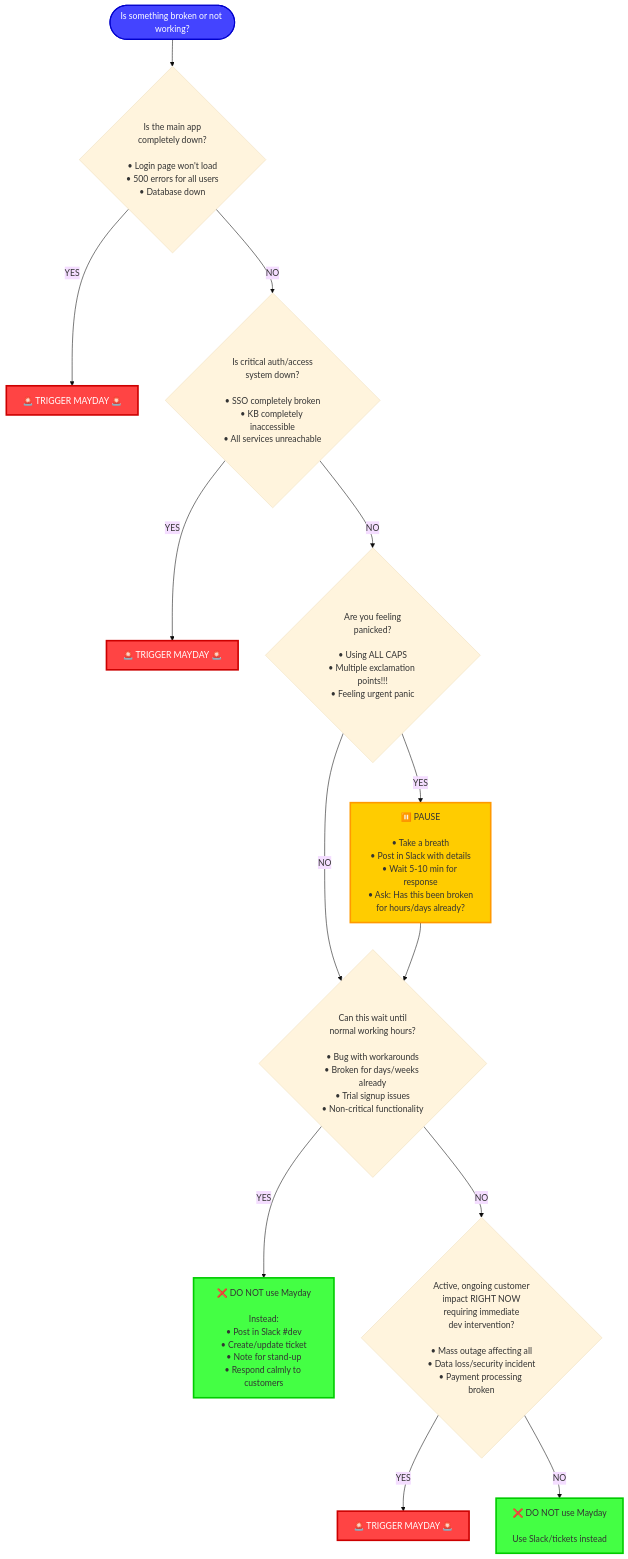
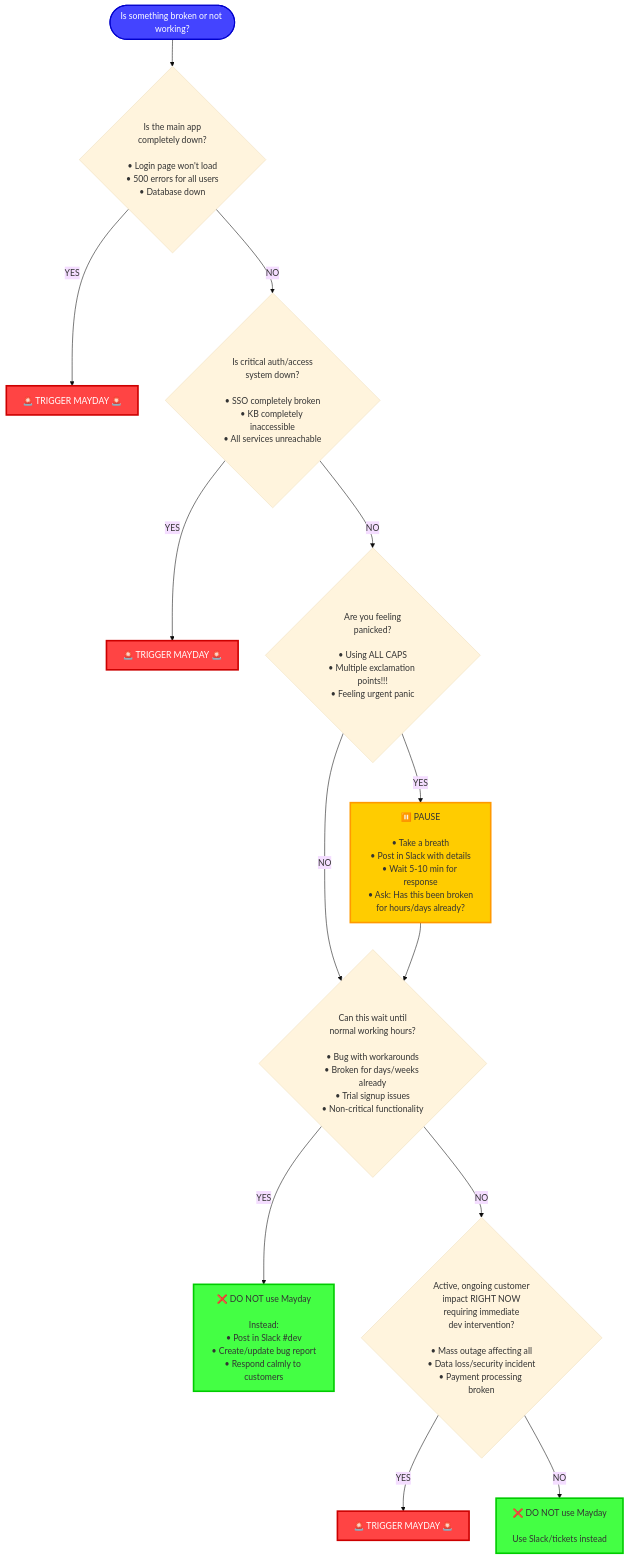
One commit to chad-knowledgeowl/mayday-decision-tree changed the diagram in mayday-decision-tree.mermaid. Above: the diagram before and after it, drawn with Mermaid (base theme).

```diff
--- a/mayday-decision-tree.mermaid
+++ b/mayday-decision-tree.mermaid
@@ -1,27 +1,27 @@
 flowchart TD
     Start([Is something broken or not working?]) --> Q1{Is the main app<br/>completely down?<br/><br/>• Login page won't load<br/>• 500 errors for all users<br/>• Database down}
     
     Q1 -->|YES| Mayday1[🚨 TRIGGER MAYDAY 🚨]
     Q1 -->|NO| Q2{Is critical auth/access<br/>system down?<br/><br/>• SSO completely broken<br/>• KB completely inaccessible<br/>• All services unreachable}
     
     Q2 -->|YES| Mayday2[🚨 TRIGGER MAYDAY 🚨]
     Q2 -->|NO| Q3{Are you feeling<br/>panicked?<br/><br/>• Using ALL CAPS<br/>• Multiple exclamation points!!!<br/>• Feeling urgent panic}
     
     Q3 -->|YES| Pause[⏸️ PAUSE<br/><br/>• Take a breath<br/>• Post in Slack with details<br/>• Wait 5-10 min for response<br/>• Ask: Has this been broken<br/>for hours/days already?]
     Q3 -->|NO| Q4
     
     Pause --> Q4{Can this wait until<br/>normal working hours?<br/><br/>• Bug with workarounds<br/>• Broken for days/weeks already<br/>• Trial signup issues<br/>• Non-critical functionality}
     
-    Q4 -->|YES| NoMayday1[❌ DO NOT use Mayday<br/><br/>Instead:<br/>• Post in Slack #dev<br/>• Create/update ticket<br/>• Note for stand-up<br/>• Respond calmly to customers]
+    Q4 -->|YES| NoMayday1[❌ DO NOT use Mayday<br/><br/>Instead:<br/>• Post in Slack #dev<br/>• Create/update bug report<br/>• Respond calmly to customers]
     Q4 -->|NO| Q5{Active, ongoing customer<br/>impact RIGHT NOW<br/>requiring immediate<br/>dev intervention?<br/><br/>• Mass outage affecting all<br/>• Data loss/security incident<br/>• Payment processing broken}
     
     Q5 -->|YES| Mayday3[🚨 TRIGGER MAYDAY 🚨]
     Q5 -->|NO| NoMayday2[❌ DO NOT use Mayday<br/><br/>Use Slack/tickets instead]
     
     style Mayday1 fill:#ff4444,stroke:#cc0000,stroke-width:3px,color:#fff
     style Mayday2 fill:#ff4444,stroke:#cc0000,stroke-width:3px,color:#fff
     style Mayday3 fill:#ff4444,stroke:#cc0000,stroke-width:3px,color:#fff
     style NoMayday1 fill:#44ff44,stroke:#00cc00,stroke-width:3px
     style NoMayday2 fill:#44ff44,stroke:#00cc00,stroke-width:3px
     style Pause fill:#ffcc00,stroke:#ff9900,stroke-width:3px
     style Start fill:#4444ff,stroke:#0000cc,stroke-width:2px,color:#fff
```
